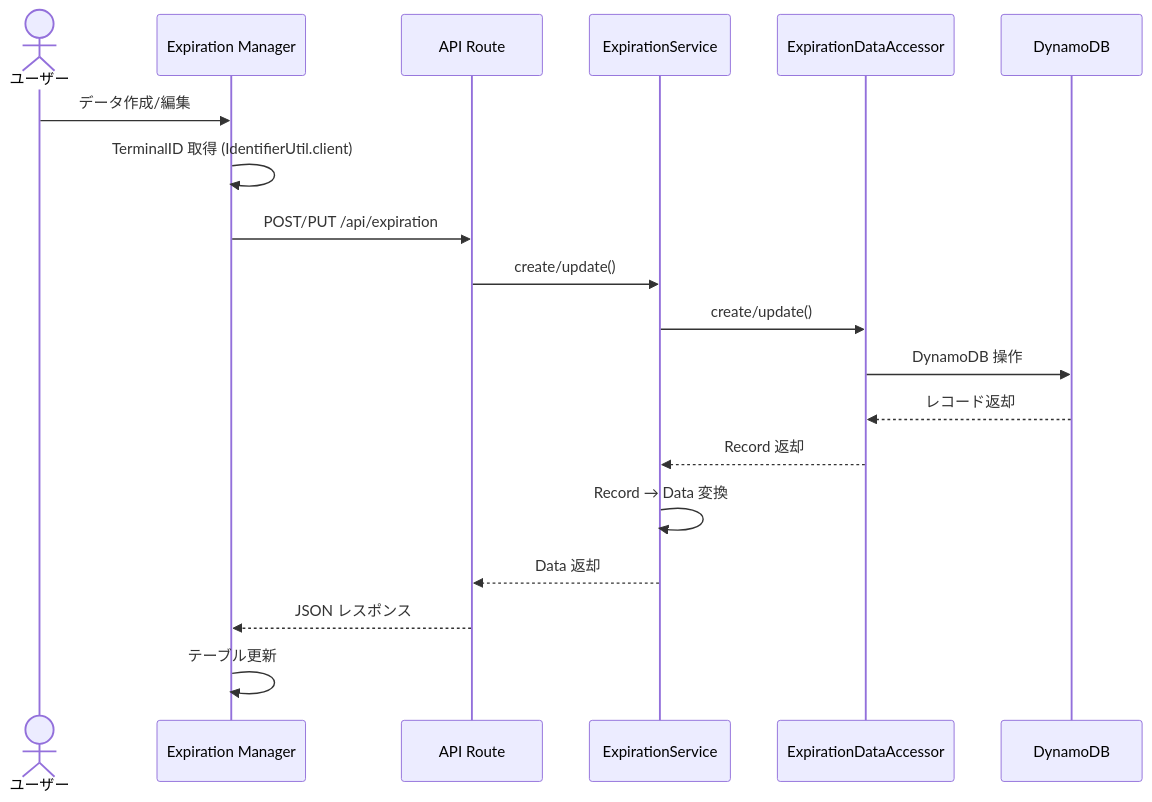
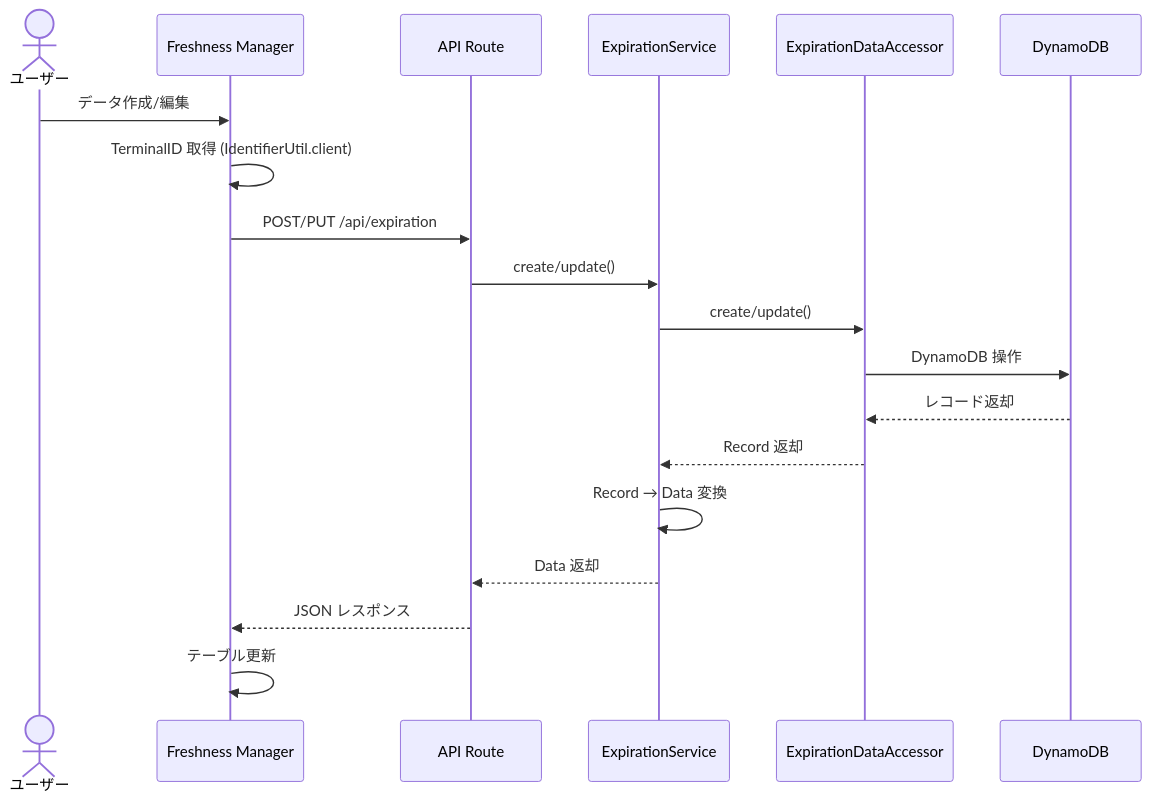
Before and after one commit to nagiyu/tools: the second of 4 diagrams in docs/tools/expiration-manager.md, drawn with Mermaid. The commit also changed other lines of this file, not shown here.

Commit message:
Update architecture doc: rename to Freshness Manager, separate notification system, update paths

````diff
--- a/docs/tools/expiration-manager.md
+++ b/docs/tools/expiration-manager.md
@@ -397,22 +401,22 @@
 ```mermaid
 sequenceDiagram
     actor User as ユーザー
-    participant UI as Expiration Manager
+    participant UI as Freshness Manager
     participant API as API Route
     participant Service as ExpirationService
     participant Accessor as ExpirationDataAccessor
     participant DB as DynamoDB
     
     User->>UI: データ作成/編集
     UI->>UI: TerminalID 取得 (IdentifierUtil.client)
     UI->>API: POST/PUT /api/expiration
     API->>Service: create/update()
     Service->>Accessor: create/update()
     Accessor->>DB: DynamoDB 操作
     DB-->>Accessor: レコード返却
     Accessor-->>Service: Record 返却
     Service->>Service: Record → Data 変換
     Service-->>API: Data 返却
     API-->>UI: JSON レスポンス
     UI->>UI: テーブル更新
 ```
````
